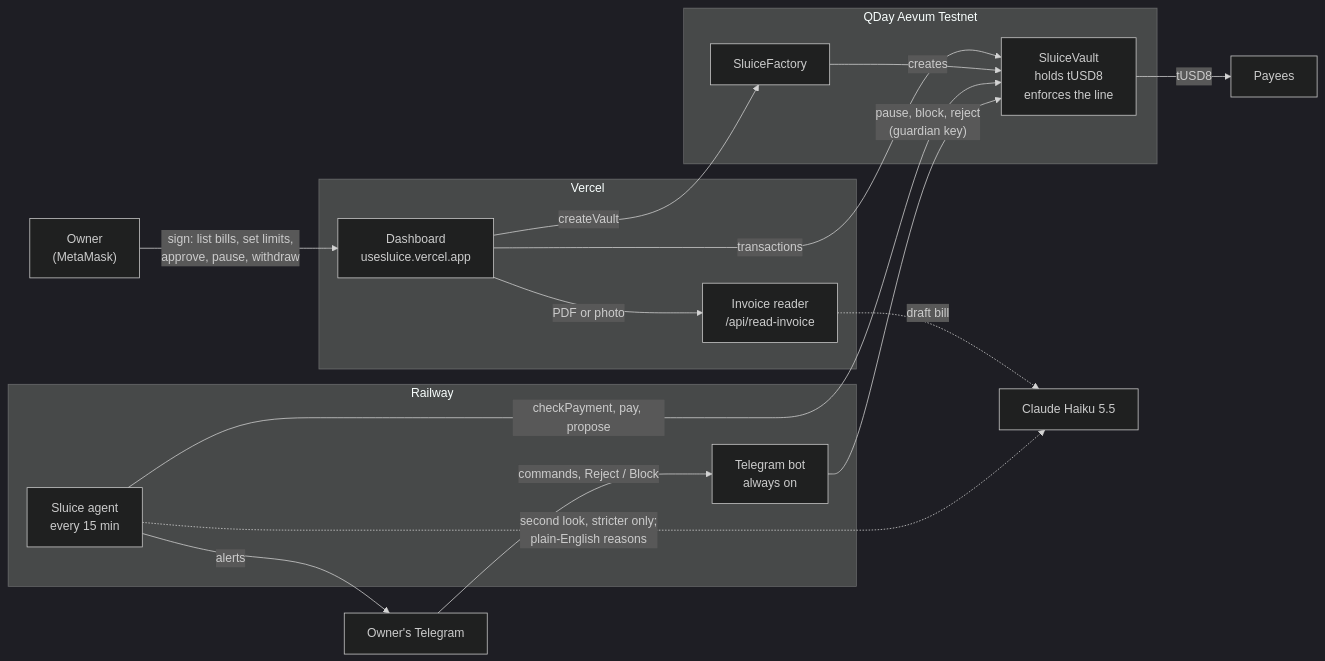
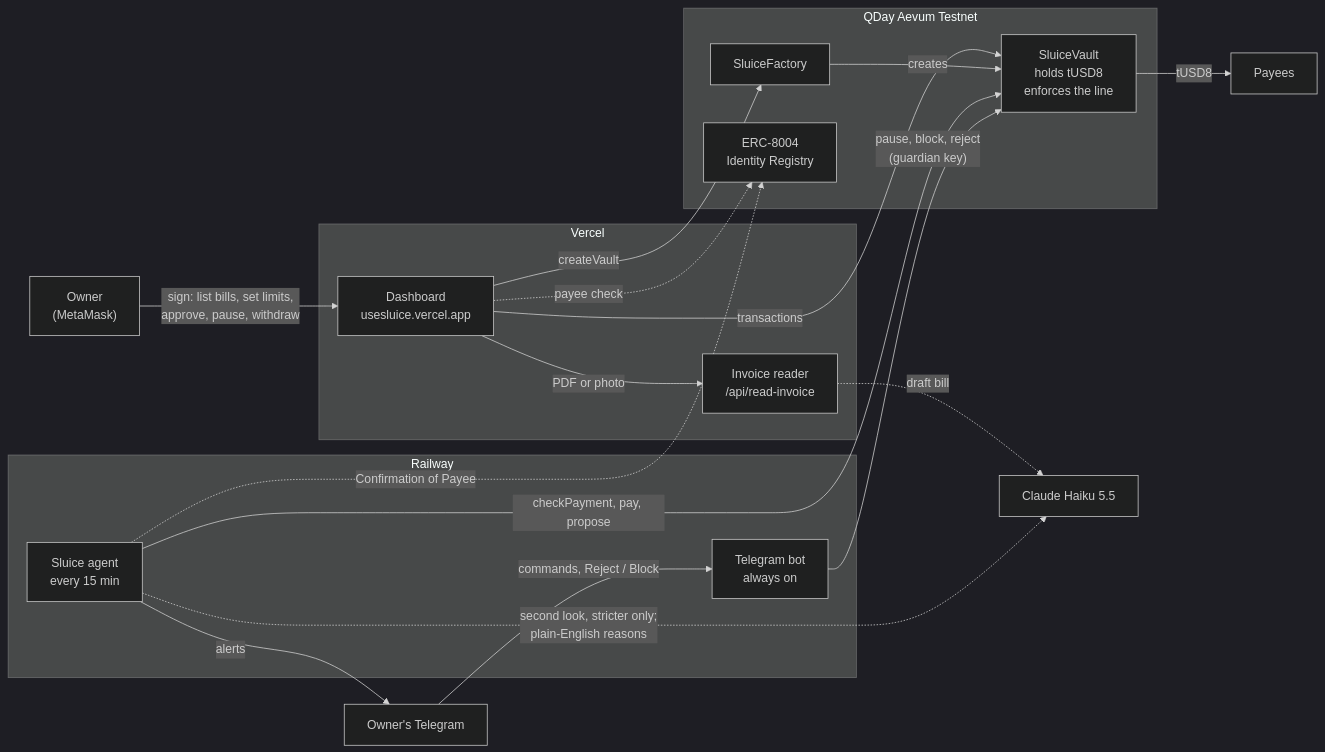
The first of 3 diagrams in README.md (Ultraviolet01/Sluice), drawn with Mermaid (dark theme) before and after one commit. The commit also changed other lines of this file, not shown here.

Commit message:
README: payment-decision and invoice-flow diagrams, registry in the architecture, and where the idea came from

````diff
--- a/README.md
+++ b/README.md
@@ -36,31 +36,34 @@
 ```mermaid
 flowchart LR
   O["Owner<br/>(MetaMask)"]
   T["Owner's Telegram"]
   subgraph Vercel
     W["Dashboard<br/>usesluice.vercel.app"]
     R["Invoice reader<br/>/api/read-invoice"]
   end
   subgraph Railway
     A["Sluice agent<br/>every 15 min"]
     B["Telegram bot<br/>always on"]
   end
   subgraph Aevum["QDay Aevum Testnet"]
     F["SluiceFactory"]
+    I["ERC-8004<br/>Identity Registry"]
     V["SluiceVault<br/>holds tUSD8<br/>enforces the line"]
   end
   C["Claude Haiku 5.5"]
   P["Payees"]
   O -- "sign: list bills, set limits,<br/>approve, pause, withdraw" --> W
   W -- "transactions" --> V
   W -- "createVault" --> F
   F -- "creates" --> V
   W -- "PDF or photo" --> R
   R -. "draft bill" .-> C
   A -- "checkPayment, pay, propose" --> V
   A -. "second look, stricter only;<br/>plain-English reasons" .-> C
+  A -. "Confirmation of Payee" .-> I
+  W -. "payee check" .-> I
   A -- "alerts" --> T
   T -- "commands, Reject / Block" --> B
   B -- "pause, block, reject<br/>(guardian key)" --> V
   V -- "tUSD8" --> P
 ```
````
